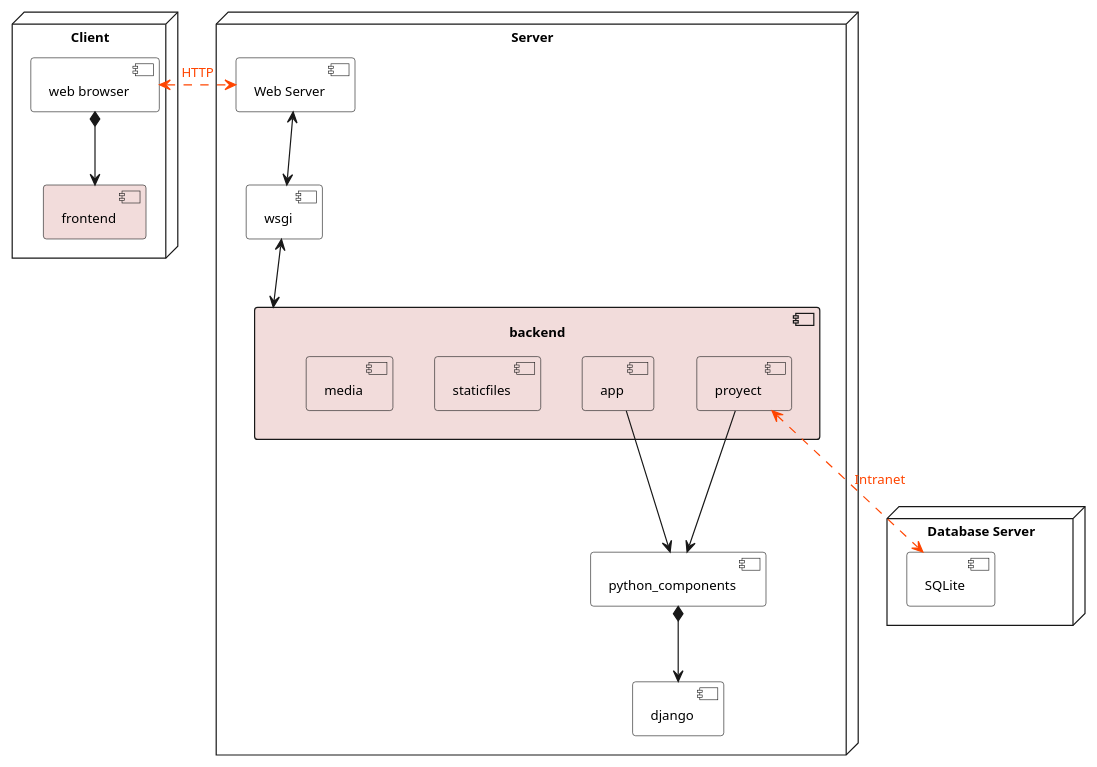
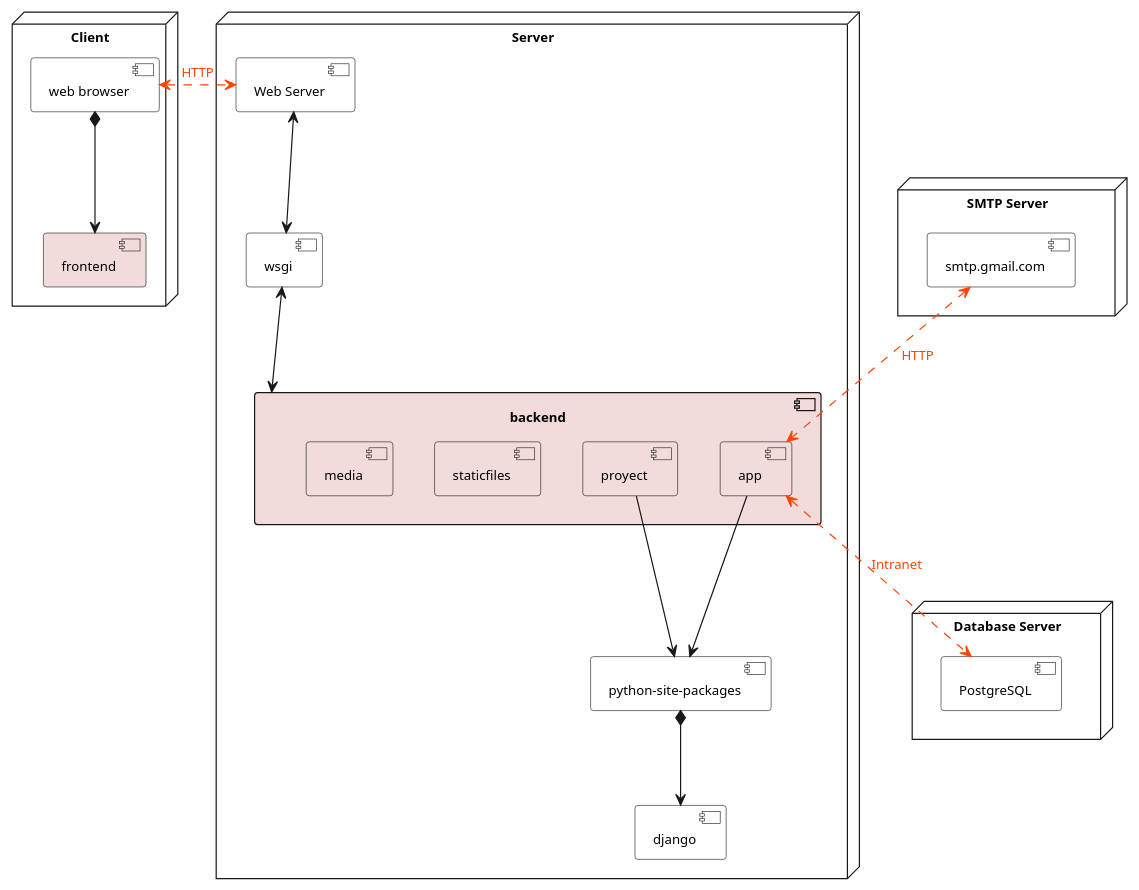
One commit to mpaulaherrero/tesis-frameworks-backend-diagrams changed the diagram in logicalView/designView/django/architectureDesign/componentDiagram.plantuml. Above: the diagram before and after it, drawn with PlantUML. The commit also changed 1 other file, not shown here.

Commit message:
smtp server, postgress y python-site-packages

```diff
--- a/logicalView/designView/django/architectureDesign/componentDiagram.plantuml
+++ b/logicalView/designView/django/architectureDesign/componentDiagram.plantuml
@@ -1,45 +1,53 @@
 @startuml architecture_design
 skinparam ComponentBackgroundColor white
 skinparam defaultTextAlignment center
 skinparam defaultFontSize 11
 
 node "Client" as pc {
     component "web browser" as browser
     component frontend #f2dcdb
 
     browser *--> frontend
 }
 
 node "Server" as server {
     component "Web Server" as webserver
     component "wsgi" as wsgi
-    component "python_components" as components
+    component "python-site-packages" as components
     component django
     component backend #f2dcdb {
         component proyect #f2dcdb
         component app #f2dcdb
         component staticfiles #f2dcdb
         component media #f2dcdb
         'component theme #f2dcdb
     }
 
     webserver <-d-> wsgi
     wsgi <-d-> backend
     app -d-> components
     proyect -d-> components
     components *-d-> django
 }
 
 'diseño
 'proyect -[hidden]d- staticfiles
 'app -[hidden]d- media
 'media -[hidden]r- staticfiles
 
 node "Database Server" as dbServer {
-    component "SQLite" as sqplite
+    component "PostgreSQL" as postgresql
+}
+
+node "SMTP Server" as smtpServer {
+ component "smtp.gmail.com" as smtp
 }
 
 browser <..[#OrangeRed]r..> webserver: <font color=OrangeRed>HTTP</font>
-proyect <.[#OrangeRed].>  sqplite: <font color=OrangeRed>Intranet</font>
+app <.[#OrangeRed].>  postgresql: <font color=OrangeRed>Intranet</font>
+app <.[#OrangeRed]u.>  smtp: <font color=OrangeRed>HTTP</font>
+
+'diseño
+dbServer -[hidden]d- smtpServer
 
 @enduml
```
